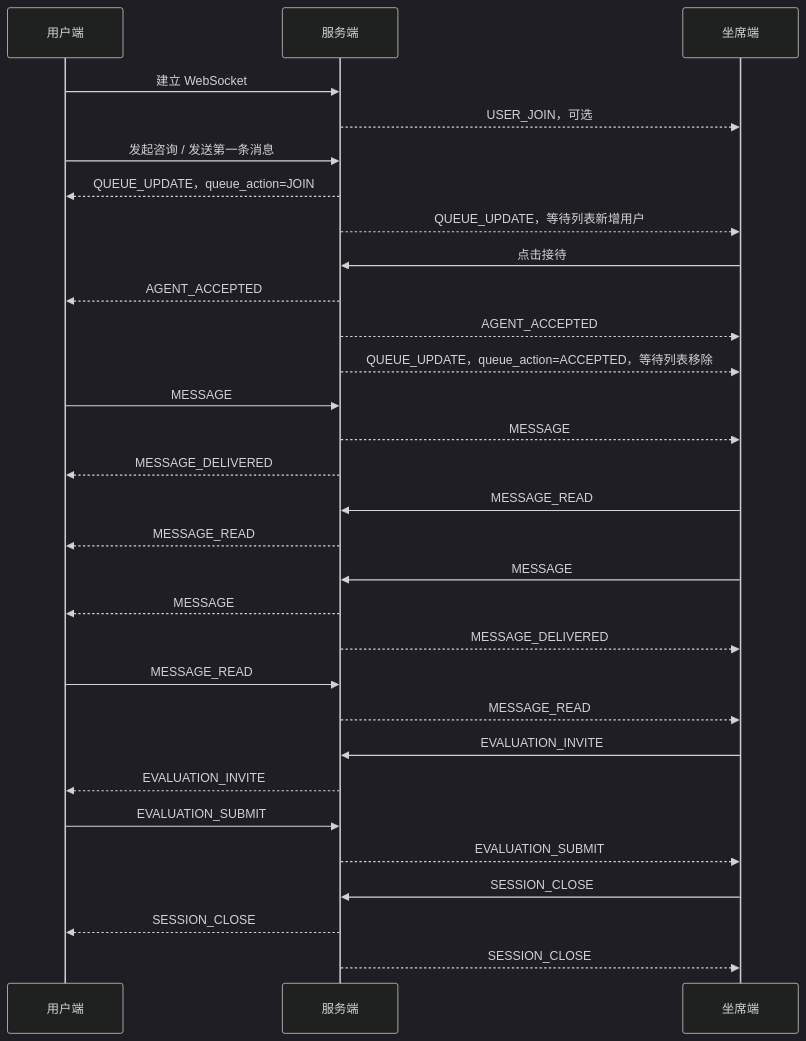
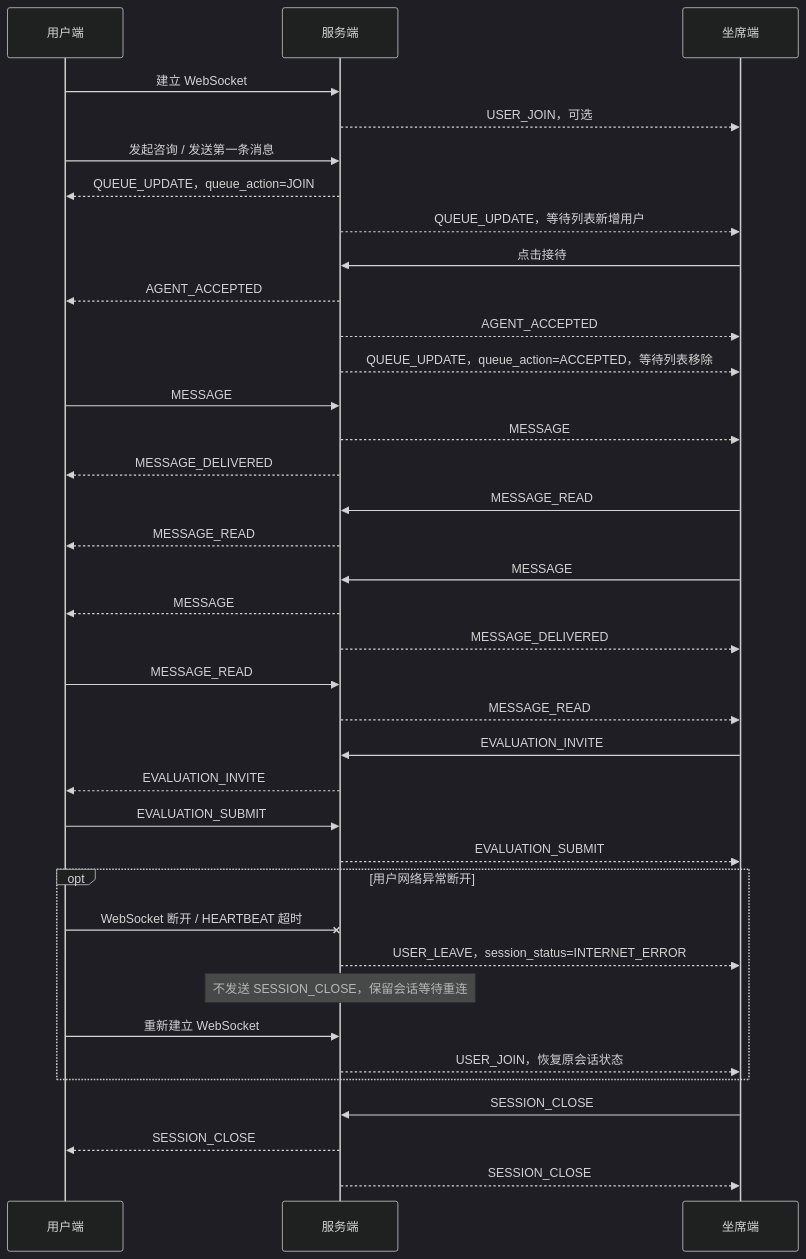
Before and after one commit to colbort/wklive: the diagram in proto/chat/chat_event_flow.md, drawn with Mermaid (dark theme). The commit also changed other lines of this file and 12 other files, not shown here.

````diff
--- a/proto/chat/chat_event_flow.md
+++ b/proto/chat/chat_event_flow.md
@@ -719,42 +722,50 @@
 ```mermaid
 sequenceDiagram
     participant U as 用户端
     participant S as 服务端
     participant A as 坐席端
 
     U->>S: 建立 WebSocket
     S-->>A: USER_JOIN，可选
 
     U->>S: 发起咨询 / 发送第一条消息
     S-->>U: QUEUE_UPDATE，queue_action=JOIN
     S-->>A: QUEUE_UPDATE，等待列表新增用户
 
     A->>S: 点击接待
     S-->>U: AGENT_ACCEPTED
     S-->>A: AGENT_ACCEPTED
     S-->>A: QUEUE_UPDATE，queue_action=ACCEPTED，等待列表移除
 
     U->>S: MESSAGE
     S-->>A: MESSAGE
     S-->>U: MESSAGE_DELIVERED
 
     A->>S: MESSAGE_READ
     S-->>U: MESSAGE_READ
 
     A->>S: MESSAGE
     S-->>U: MESSAGE
     S-->>A: MESSAGE_DELIVERED
 
     U->>S: MESSAGE_READ
     S-->>A: MESSAGE_READ
 
     A->>S: EVALUATION_INVITE
     S-->>U: EVALUATION_INVITE
 
     U->>S: EVALUATION_SUBMIT
     S-->>A: EVALUATION_SUBMIT
 
+    opt 用户网络异常断开
+        U-x S: WebSocket 断开 / HEARTBEAT 超时
+        S-->>A: USER_LEAVE，session_status=INTERNET_ERROR
+        Note over S: 不发送 SESSION_CLOSE，保留会话等待重连
+        U->>S: 重新建立 WebSocket
+        S-->>A: USER_JOIN，恢复原会话状态
+    end
+
     A->>S: SESSION_CLOSE
     S-->>U: SESSION_CLOSE
     S-->>A: SESSION_CLOSE
 ```
````
